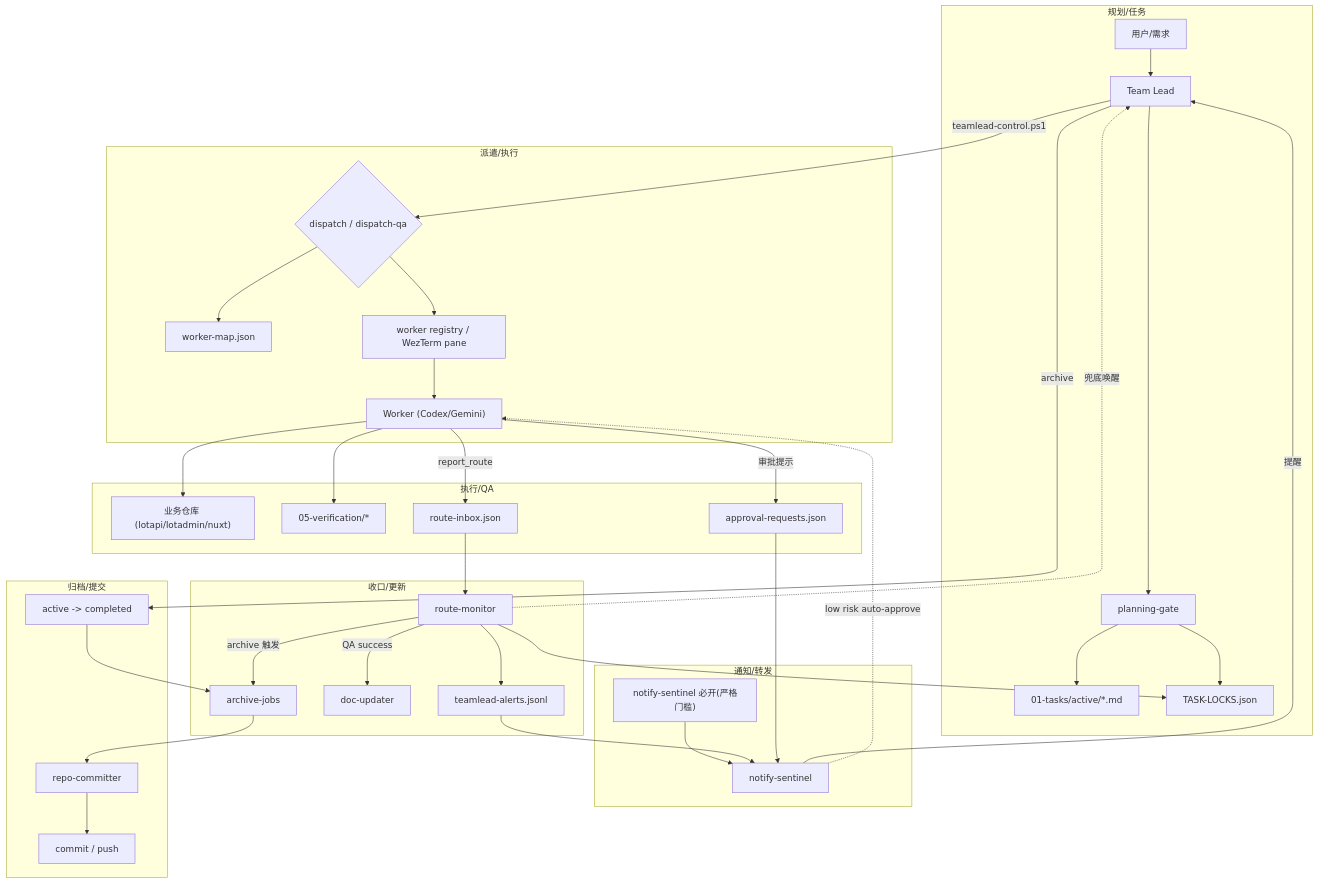
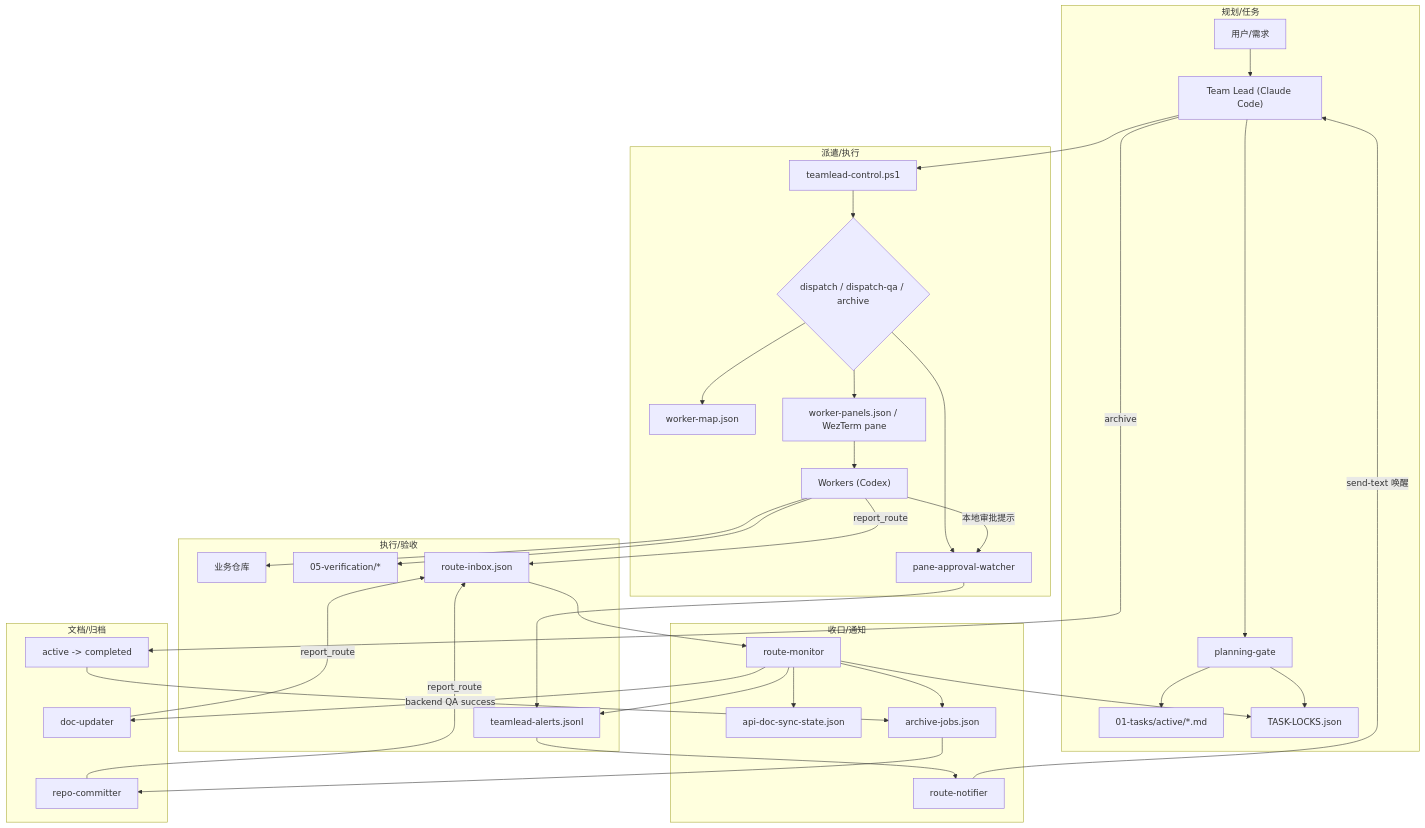
Before and after one commit to waylon003/moxton-ccb: the diagram in README.md, drawn with Mermaid. The commit also changed other lines of this file and 29 other files, not shown here.

````diff
--- a/README.md
+++ b/README.md
@@ -9,53 +9,45 @@
 ```mermaid
 flowchart TD
-  %% 规划/任务
   subgraph Planning["规划/任务"]
-    U["用户/需求"] --> TL["Team Lead"]
+    U["用户/需求"] --> TL["Team Lead (Claude Code)"]
     TL --> PG["planning-gate"]
     PG --> Spec["01-tasks/active/*.md"]
     PG --> Locks["TASK-LOCKS.json"]
   end
 
-  %% 派遣/执行
   subgraph Dispatch["派遣/执行"]
-    TL -->|teamlead-control.ps1| D{"dispatch / dispatch-qa"}
+    TL --> CTRL["teamlead-control.ps1"]
+    CTRL --> D{"dispatch / dispatch-qa / archive"}
     D --> WM["worker-map.json"]
-    D --> WR["worker registry / WezTerm pane"]
-    WR --> W["Worker (Codex/Gemini)"]
+    D --> WR["worker-panels.json / WezTerm pane"]
+    WR --> W["Workers (Codex)"]
+    D --> PAW["pane-approval-watcher"]
   end
 
-  %% 执行/QA
-  subgraph Work["执行/QA"]
-    W --> Repo["业务仓库 (lotapi/lotadmin/nuxt)"]
+  subgraph Work["执行/验收"]
+    W --> Repo["业务仓库"]
     W --> Evidence["05-verification/*"]
     W -->|report_route| Inbox["route-inbox.json"]
-    W -->|审批提示| Approvals["approval-requests.json"]
+    W -->|本地审批提示| PAW
+    PAW --> Alerts["teamlead-alerts.jsonl"]
   end
 
-  %% 收口/更新
-  subgraph Monitor["收口/更新"]
+  subgraph Monitor["收口/通知"]
     Inbox --> RM["route-monitor"]
     RM --> Locks
-    RM --> Alerts["teamlead-alerts.jsonl"]
-    RM -->|QA success| Doc["doc-updater"]
-    RM -->|archive 触发| ArchiveJobs["archive-jobs"]
-    RM -.兜底唤醒.-> TL
+    RM --> DocState["api-doc-sync-state.json"]
+    RM --> ArchiveJobs["archive-jobs.json"]
+    RM --> Alerts
+    Alerts --> RN["route-notifier"]
+    RN -->|send-text 唤醒| TL
   end
 
-  %% 通知/转发
-  subgraph Notify["通知/转发"]
-    Req["notify-sentinel 必开(严格门槛)"] --> NS["notify-sentinel"]
-    Alerts --> NS
-    Approvals --> NS
-    NS -->|提醒| TL
-    NS -.low risk auto-approve.-> W
-  end
-
-  %% 归档/提交
-  subgraph Archive["归档/提交"]
+  subgraph Archive["文档/归档"]
+    RM -->|backend QA success| Doc["doc-updater"]
+    ArchiveJobs --> Committer["repo-committer"]
+    Doc -->|report_route| Inbox
+    Committer -->|report_route| Inbox
     TL -->|archive| Move["active -> completed"]
     Move --> ArchiveJobs
-    ArchiveJobs --> Committer["repo-committer"]
-    Committer --> Git["commit / push"]
   end
 ```
````
